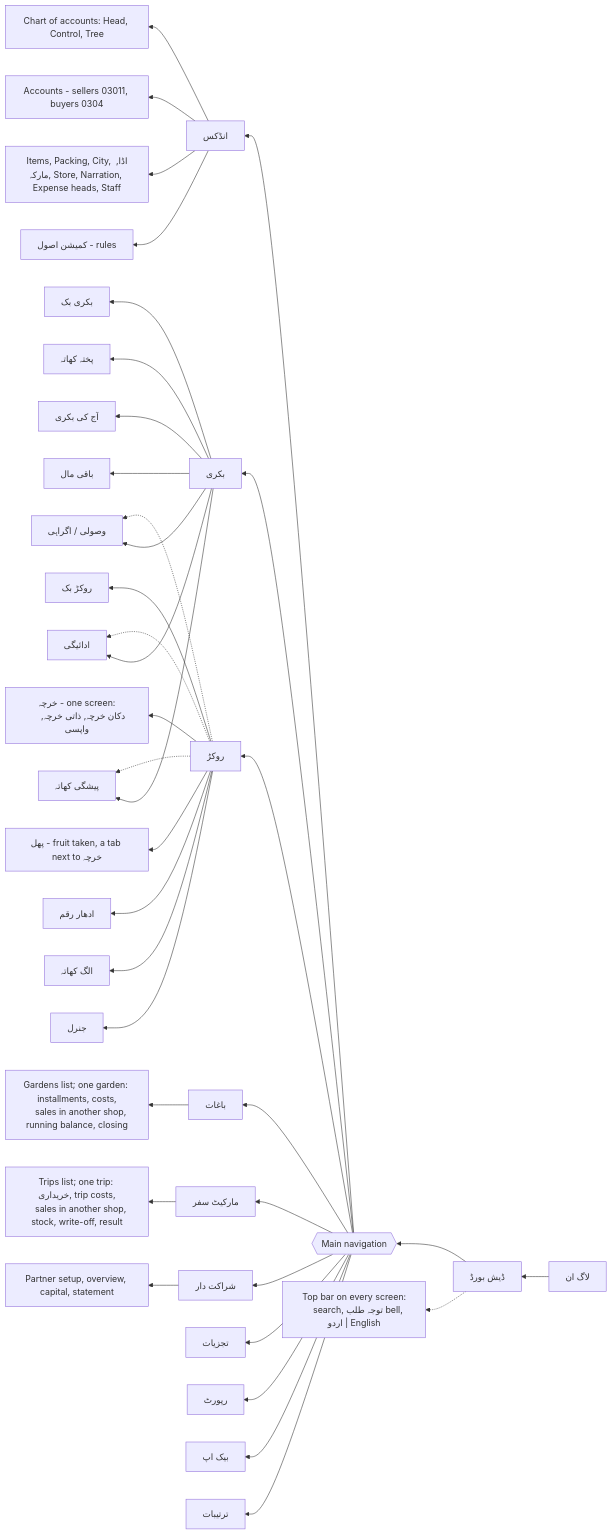
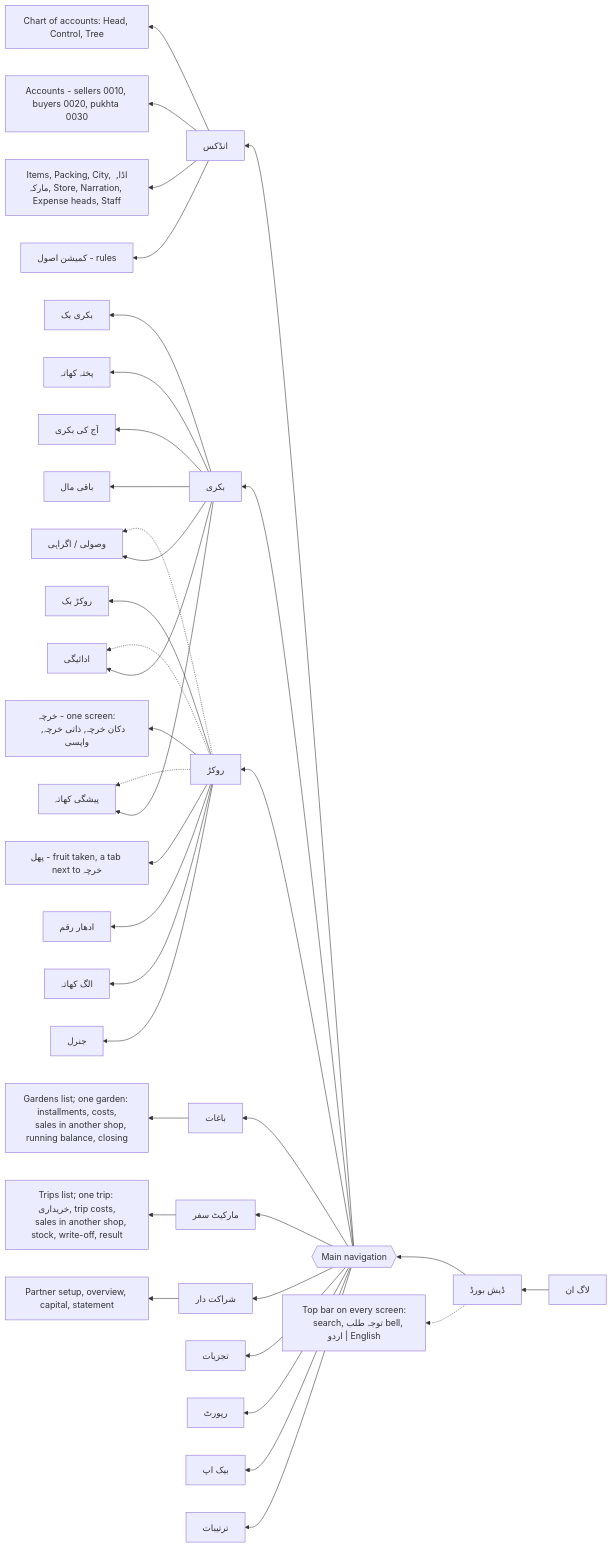
The sixth of 26 diagrams in .claude/rules/Architecture_v1.md (FaisalHanif12/Fruits-Mandi-Software), drawn with Mermaid before and after one commit. The commit also changed other lines of this file and 5 other files, not shown here.

````diff
--- a/.claude/rules/Architecture_v1.md
+++ b/.claude/rules/Architecture_v1.md
@@ -208,46 +208,46 @@
 ```mermaid
 flowchart RL
     LOGIN["لاگ ان"] --> DASH["ڈیش بورڈ"]
     DASH --> NAV{{"Main navigation"}}
     NAV --> IDX["انڈکس"]
     NAV --> BIK["بکری"]
     NAV --> ROK["روکڑ"]
     NAV --> GRD["باغات"]
     NAV --> TRP["مارکیٹ سفر"]
     NAV --> PRT["شراکت دار"]
     NAV --> ANL["تجزیات"]
     NAV --> REP["رپورٹ"]
     NAV --> BAK["بیک اپ"]
     NAV --> SET["ترتیبات"]
     DASH -.-> TOP["Top bar on every screen:
     search, توجہ طلب bell, اردو | English"]
 
     IDX --> IDX1["Chart of accounts: Head, Control, Tree"]
-    IDX --> IDX2["Accounts - sellers 03011, buyers 0304"]
+    IDX --> IDX2["Accounts - sellers 0010, buyers 0020, pukhta 0030"]
     IDX --> IDX3["Items, Packing, City, اڈا, مارکہ, Store, Narration, Expense heads, Staff"]
     IDX --> IDX4["کمیشن اصول - rules"]
 
     BIK --> B1["بکری بک"]
     BIK --> B3["وصولی / اگراہی"]
     BIK --> B4["ادائیگی"]
     BIK --> B5["پیشگی کھاتہ"]
     BIK --> B6["پختہ کھاتہ"]
     BIK --> B7["آج کی بکری"]
     BIK --> B8["باقی مال"]
     GRD --> G1["Gardens list; one garden: installments, costs,
     sales in another shop, running balance, closing"]
     TRP --> T1["Trips list; one trip: خریداری, trip costs,
     sales in another shop, stock, write-off, result"]
     PRT --> P1["Partner setup, overview, capital, statement"]
 
     ROK --> R1["روکڑ بک"]
     ROK --> R2["خرچہ - one screen:
     دکان خرچہ, ذاتی خرچہ, واپسی"]
     ROK --> R6["پھل - fruit taken, a tab next to خرچہ"]
     ROK --> R3["ادھار رقم"]
     ROK --> R5["الگ کھاتہ"]
     ROK --> R4["جنرل"]
     ROK -.-> B3
     ROK -.-> B4
     ROK -.-> B5
 ```
````
